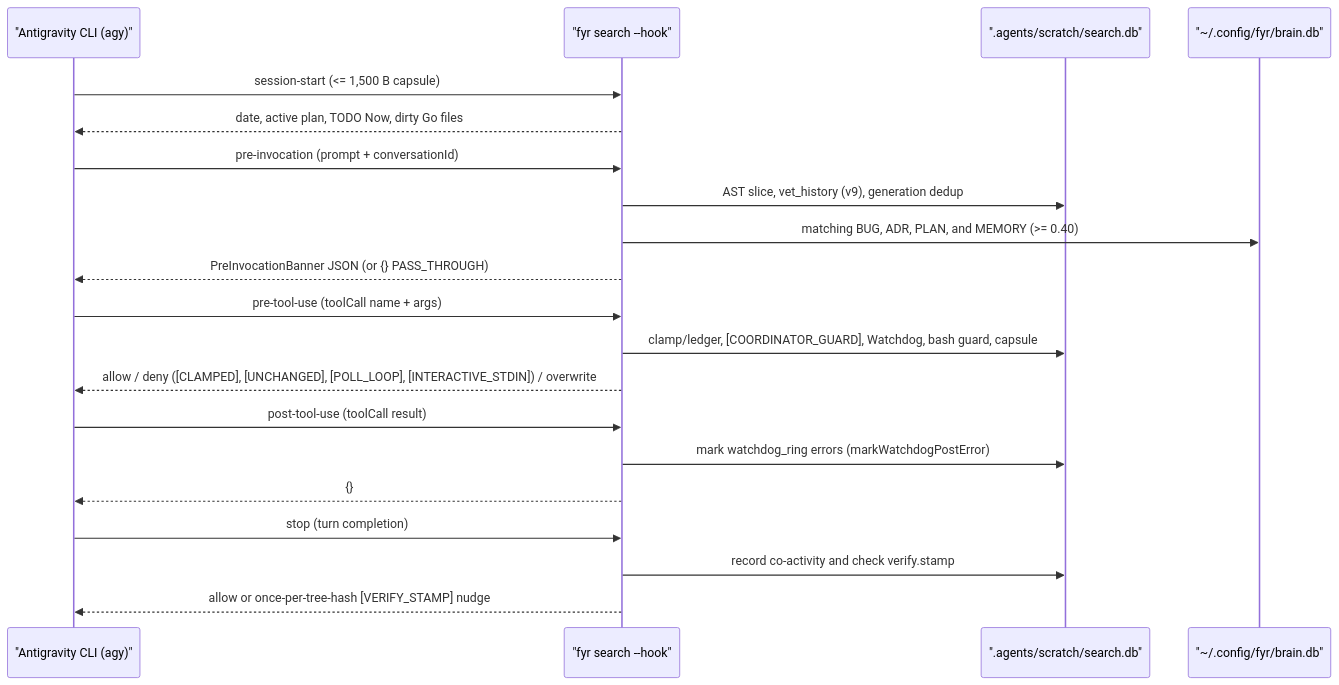
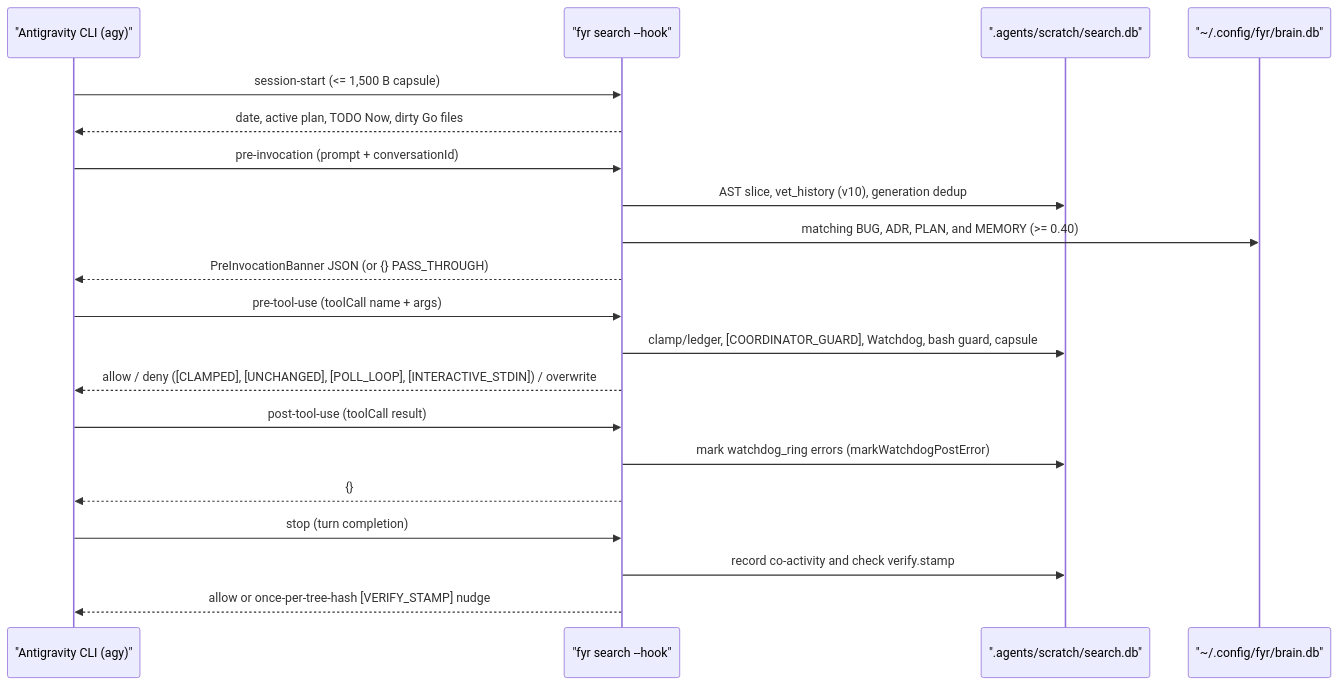
The first of 7 diagrams in features/hooks-and-ast-graph.md (kesokaj/fyr), drawn with Mermaid before and after one commit. The commit also changed other lines of this file and 12 other files, not shown here.

Commit message:
docs, graph, metrics: v9.4.0 living specs, reviews, Playwright E2E, and Wave 4b closeout

````diff
--- a/features/hooks-and-ast-graph.md
+++ b/features/hooks-and-ast-graph.md
@@ -9,22 +9,22 @@
 ```mermaid
 sequenceDiagram
     participant Agy as "Antigravity CLI (agy)"
     participant Hook as "fyr search --hook"
     participant DB as ".agents/scratch/search.db"
     participant Brain as "~/.config/fyr/brain.db"
     Agy->>Hook: session-start (<= 1,500 B capsule)
     Hook-->>Agy: date, active plan, TODO Now, dirty Go files
     Agy->>Hook: pre-invocation (prompt + conversationId)
-    Hook->>DB: AST slice, vet_history (v9), generation dedup
+    Hook->>DB: AST slice, vet_history (v10), generation dedup
     Hook->>Brain: matching BUG, ADR, PLAN, and MEMORY (>= 0.40)
     Hook-->>Agy: PreInvocationBanner JSON (or {} PASS_THROUGH)
     Agy->>Hook: pre-tool-use (toolCall name + args)
     Hook->>DB: clamp/ledger, [COORDINATOR_GUARD], Watchdog, bash guard, capsule
     Hook-->>Agy: allow / deny ([CLAMPED], [UNCHANGED], [POLL_LOOP], [INTERACTIVE_STDIN]) / overwrite
     Agy->>Hook: post-tool-use (toolCall result)
     Hook->>DB: mark watchdog_ring errors (markWatchdogPostError)
     Hook-->>Agy: {}
     Agy->>Hook: stop (turn completion)
     Hook->>DB: record co-activity and check verify.stamp
     Hook-->>Agy: allow or once-per-tree-hash [VERIFY_STAMP] nudge
 ```
````
